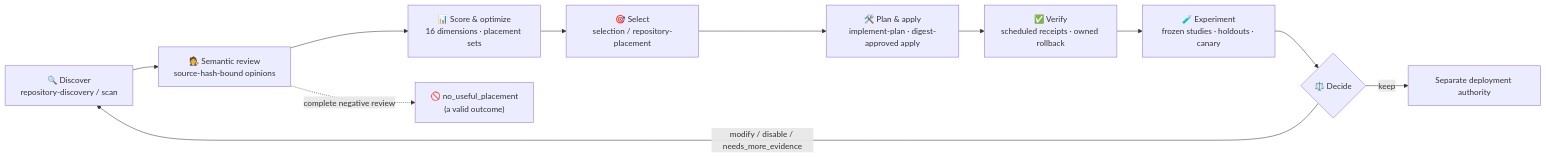
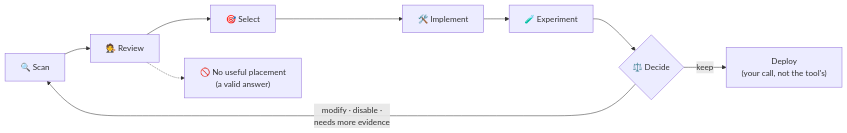
The diagram in README.md (Jev-Engineering/jev-integration-evaluator), drawn with Mermaid before and after one commit. The commit also changed other lines of this file and 1 other file, not shown here.

````diff
--- a/README.md
+++ b/README.md
@@ -43,13 +70,7 @@
 ```mermaid
 flowchart LR
-    A["🔍 Discover<br/>repository-discovery / scan"] --> B["🧑‍⚖️ Semantic review<br/>source-hash-bound opinions"]
-    B --> C["📊 Score & optimize<br/>16 dimensions · placement sets"]
-    C --> D["🎯 Select<br/>selection / repository-placement"]
-    D --> E["🛠️ Plan & apply<br/>implement-plan · digest-approved apply"]
-    E --> F["✅ Verify<br/>scheduled receipts · owned rollback"]
-    F --> G["🧪 Experiment<br/>frozen studies · holdouts · canary"]
-    G --> H{"⚖️ Decide"}
-    H -->|keep| I["Separate deployment authority"]
-    H -->|modify / disable / needs_more_evidence| A
-    B -.->|"complete negative review"| J["🚫 no_useful_placement<br/>(a valid outcome)"]
+    A["🔍 Scan"] --> B["🧑‍⚖️ Review"] --> C["🎯 Select"] --> D["🛠️ Implement"] --> E["🧪 Experiment"] --> F{"⚖️ Decide"}
+    F -->|"keep"| G["Deploy<br/>(your call, not the tool's)"]
+    F -->|"modify · disable ·<br/>needs more evidence"| A
+    B -.-> H["🚫 No useful placement<br/>(a valid answer)"]
 ```
````
